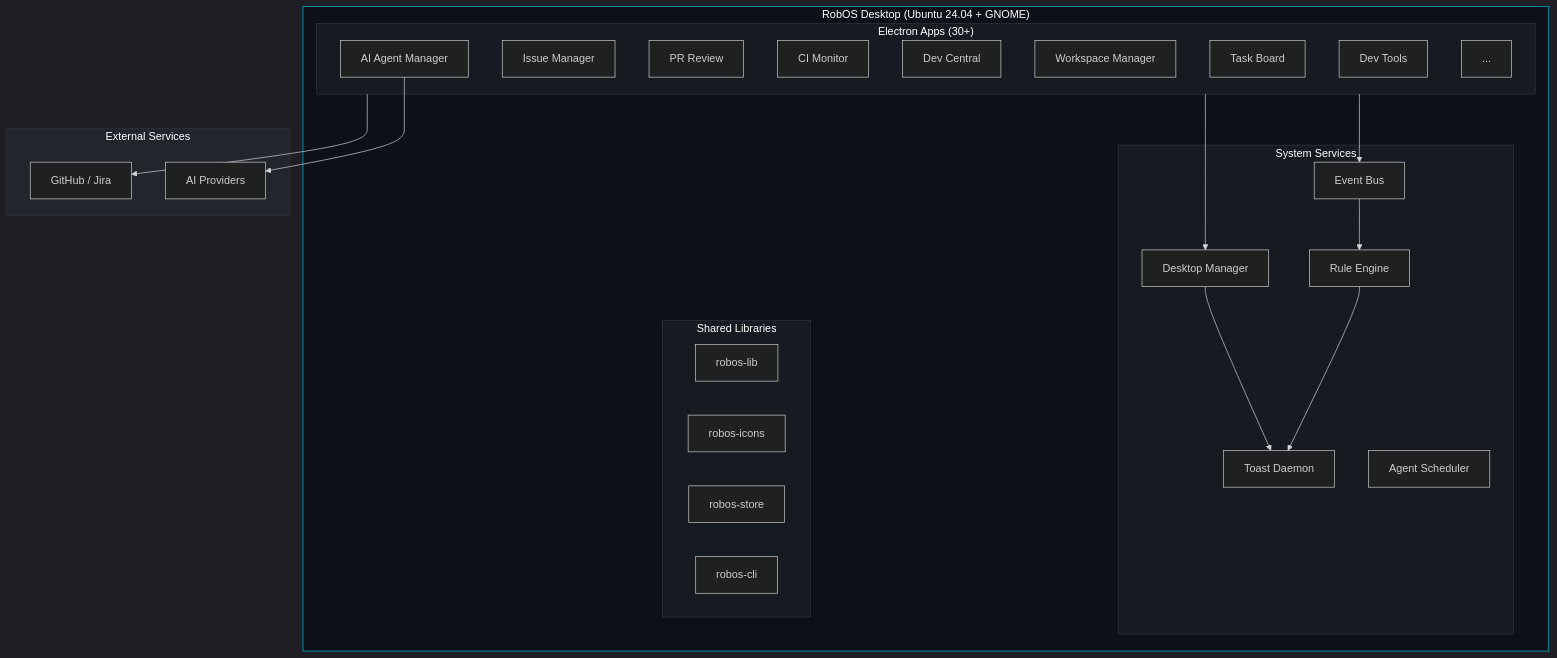
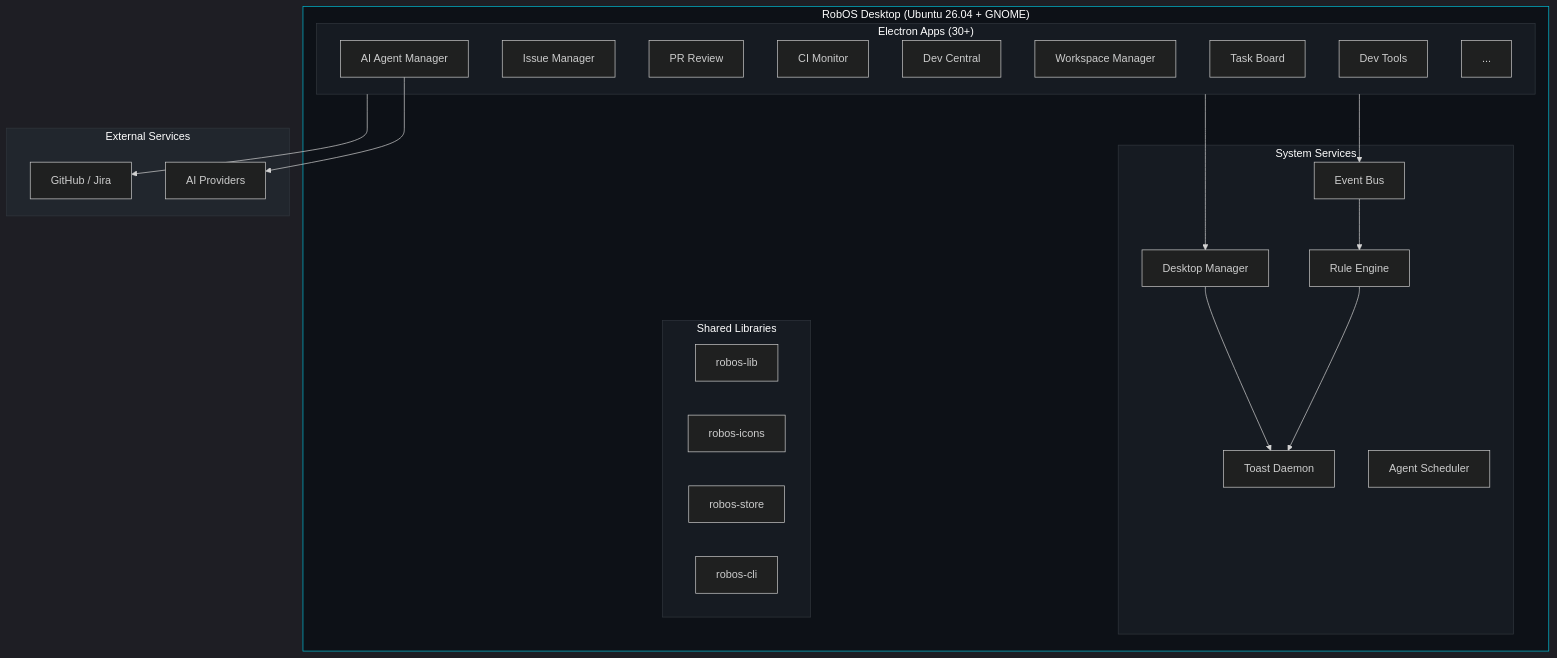
The first of 2 diagrams in docs/architecture.md (nddipiazza/robos), drawn with Mermaid before and after one commit. The commit also changed other lines of this file and 39 other files, not shown here.

Commit message:
feat: initialize project knowledge graph architecture and document roadmap for autonomous contract-driven agent execution

````diff
--- a/docs/architecture.md
+++ b/docs/architecture.md
@@ -23,51 +23,51 @@
 ```mermaid
 %%{init: {'theme': 'dark'}}%%
 graph TB
-    subgraph Desktop["RobOS Desktop (Ubuntu 24.04 + GNOME)"]
+    subgraph Desktop["RobOS Desktop (Ubuntu 26.04 + GNOME)"]
         subgraph Apps["Electron Apps (30+)"]
             TB[Task Board]
             IM[Issue Manager]
             PR[PR Review]
             CI[CI Monitor]
             DC[Dev Central]
             WS[Workspace Manager]
             AM[AI Agent Manager]
             DT[Dev Tools]
             MORE[...]
         end
 
         subgraph Services["System Services"]
             DM[Desktop Manager]
             TD[Toast Daemon]
             EB[Event Bus]
             RE[Rule Engine]
             AS[Agent Scheduler]
         end
 
         subgraph Libraries["Shared Libraries"]
             RL[robos-lib]
             RI[robos-icons]
             RS[robos-store]
             RC[robos-cli]
         end
     end
 
     subgraph External["External Services"]
         GH[GitHub / Jira]
         AI[AI Providers]
     end
 
     Apps --> DM
     Apps --> EB
     DM --> TD
     EB --> RE
     RE --> TD
     Apps --> GH
     AM --> AI
 
     style Desktop fill:#0d1117,stroke:#00bcd4,color:#fff
     style Apps fill:#161b22,stroke:#30363d,color:#fff
     style Services fill:#161b22,stroke:#30363d,color:#fff
     style Libraries fill:#161b22,stroke:#30363d,color:#fff
     style External fill:#21262d,stroke:#30363d,color:#fff
 ```
````
